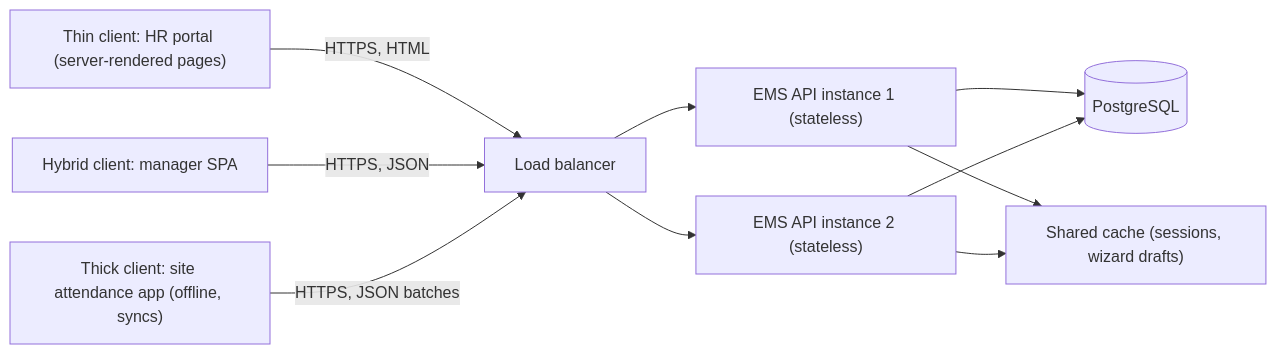
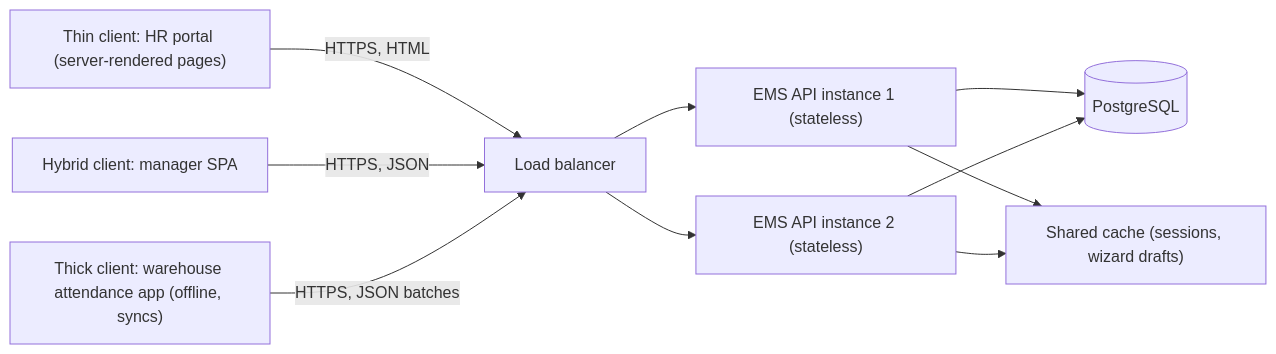
Before and after one commit to rizwi0786/system-design-lab: the first of 2 diagrams in content/lessons/m02/m02-client-server.md, drawn with Mermaid. The commit also changed other lines of this file and 334 other files, not shown here.

````diff
--- a/content/lessons/m02/m02-client-server.md
+++ b/content/lessons/m02/m02-client-server.md
@@ -164,12 +164,12 @@
 ```mermaid
 flowchart LR
     T["Thin client: HR portal (server-rendered pages)"] -->|"HTTPS, HTML"| LB["Load balancer"]
     H["Hybrid client: manager SPA"] -->|"HTTPS, JSON"| LB
-    K["Thick client: site attendance app (offline, syncs)"] -->|"HTTPS, JSON batches"| LB
+    K["Thick client: warehouse attendance app (offline, syncs)"] -->|"HTTPS, JSON batches"| LB
     LB --> S1["EMS API instance 1 (stateless)"]
     LB --> S2["EMS API instance 2 (stateless)"]
     S1 --> DB[("PostgreSQL")]
     S2 --> DB
     S1 --> C["Shared cache (sessions, wizard drafts)"]
     S2 --> C
 ```
````
